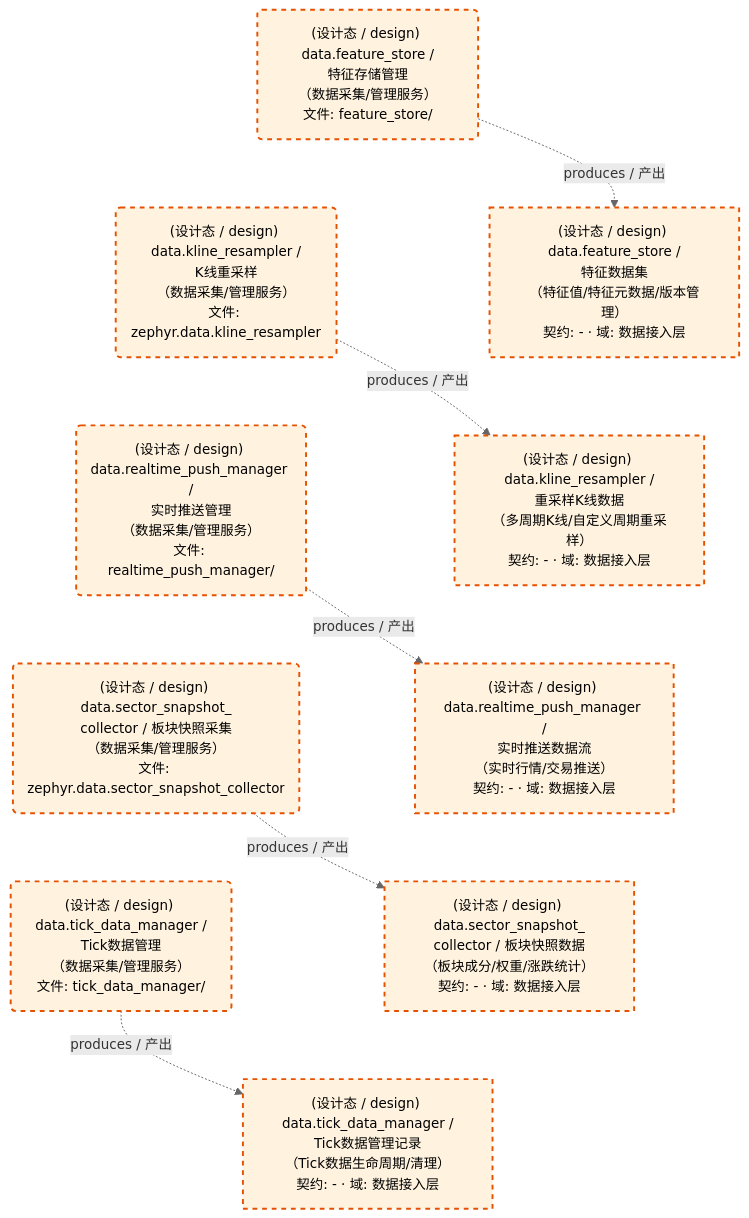
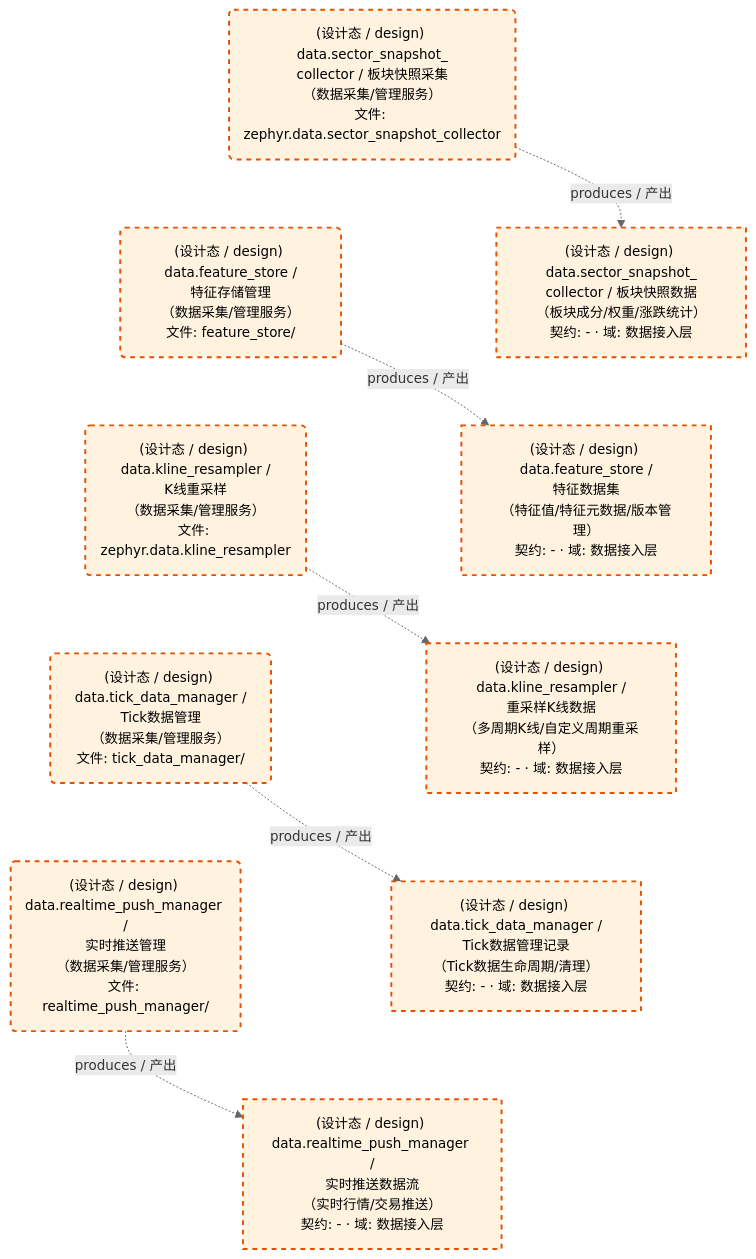
Before and after one commit to xuanFelixVan/ZephyrAlpha: the second of 2 diagrams in docs/02_enterprise_architecture/05_dataflow_architecture/d_data.md, drawn with Mermaid. The commit also changed other lines of this file and 123 other files, not shown here.

````diff
--- a/docs/02_enterprise_architecture/05_dataflow_architecture/d_data.md
+++ b/docs/02_enterprise_architecture/05_dataflow_architecture/d_data.md
@@ -90,32 +90,32 @@
 ```mermaid
 %%{init: {'theme': 'base', 'themeVariables': {'primaryColor': '#eaeaea', 'primaryTextColor': '#333333', 'primaryBorderColor': '#666666', 'lineColor': '#666666', 'secondaryColor': '#eaeaea', 'tertiaryColor': '#eaeaea', 'clusterBkg': 'transparent', 'clusterBorder': 'transparent', 'fontSize': '14px'}}}%%
 flowchart TD
     DS11253["(设计态 / design) data.feature_store /<br/>特征数据集<br/>（特征值/特征元数据/版本管理）<br/>契约: - · 域: 数据接入层"]
     DS11256["(设计态 / design) data.kline_resampler /<br/>重采样K线数据<br/>（多周期K线/自定义周期重采样）<br/>契约: - · 域: 数据接入层"]
     DS11254["(设计态 / design) data.realtime_push_manager /<br/>实时推送数据流<br/>（实时行情/交易推送）<br/>契约: - · 域: 数据接入层"]
     DS11257["(设计态 / design) data.sector_snapshot_<br/>collector / 板块快照数据<br/>（板块成分/权重/涨跌统计）<br/>契约: - · 域: 数据接入层"]
     DS11255["(设计态 / design) data.tick_data_manager /<br/>Tick数据管理记录<br/>（Tick数据生命周期/清理）<br/>契约: - · 域: 数据接入层"]
     JOB757617("(设计态 / design) data.feature_store /<br/>特征存储管理<br/>（数据采集/管理服务）<br/>文件: feature_store/")
     JOB757620("(设计态 / design) data.kline_resampler /<br/>K线重采样<br/>（数据采集/管理服务）<br/>文件: zephyr.data.kline_resampler")
     JOB757618("(设计态 / design) data.realtime_push_manager /<br/>实时推送管理<br/>（数据采集/管理服务）<br/>文件: realtime_push_manager/")
     JOB757621("(设计态 / design) data.sector_snapshot_<br/>collector / 板块快照采集<br/>（数据采集/管理服务）<br/>文件: zephyr.data.sector_snapshot_collector")
     JOB757619("(设计态 / design) data.tick_data_manager /<br/>Tick数据管理<br/>（数据采集/管理服务）<br/>文件: tick_data_manager/")
     JOB757617 -.->|produces / 产出| DS11253
     JOB757618 -.->|produces / 产出| DS11254
     JOB757619 -.->|produces / 产出| DS11255
     JOB757620 -.->|produces / 产出| DS11256
     JOB757621 -.->|produces / 产出| DS11257
+    JOB757621 ~~~ JOB757617
     JOB757617 ~~~ JOB757620
-    JOB757620 ~~~ JOB757618
-    JOB757618 ~~~ JOB757621
-    JOB757621 ~~~ JOB757619
+    JOB757620 ~~~ JOB757619
+    JOB757619 ~~~ JOB757618
+    DS11257 ~~~ DS11253
     DS11253 ~~~ DS11256
-    DS11256 ~~~ DS11254
-    DS11254 ~~~ DS11257
-    DS11257 ~~~ DS11255
+    DS11256 ~~~ DS11255
+    DS11255 ~~~ DS11254
     classDef production fill:#e1f5fe,stroke:#01579b,stroke-width:2px,color:#000
     classDef design fill:#fff3e0,stroke:#e65100,stroke-width:2px,color:#000,stroke-dasharray: 5 5
     classDef external_prod fill:#e8f4fd,stroke:#0277bd,stroke-width:1px,color:#000
     classDef external_design fill:#fff8e7,stroke:#ef6c00,stroke-width:1px,color:#000,stroke-dasharray: 5 5
     class DS11253,DS11256,DS11254,DS11257,DS11255,JOB757617,JOB757620,JOB757618,JOB757621,JOB757619 design
 ```
````
